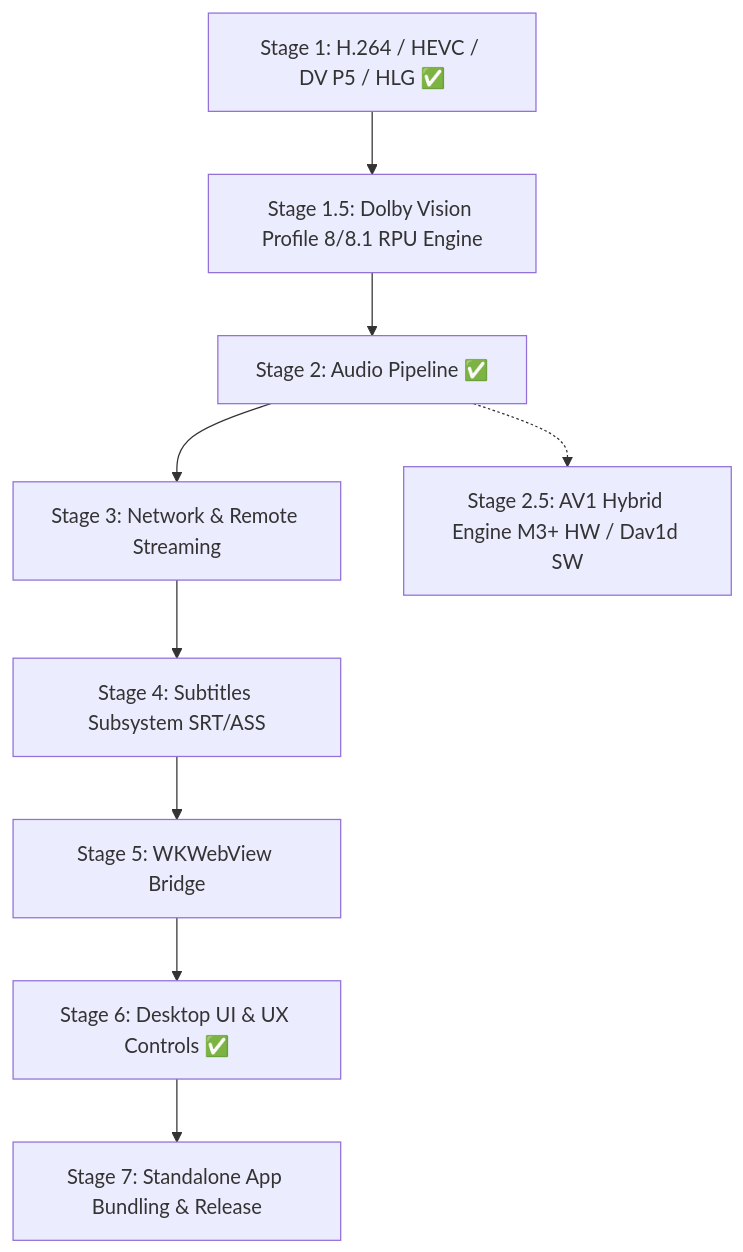
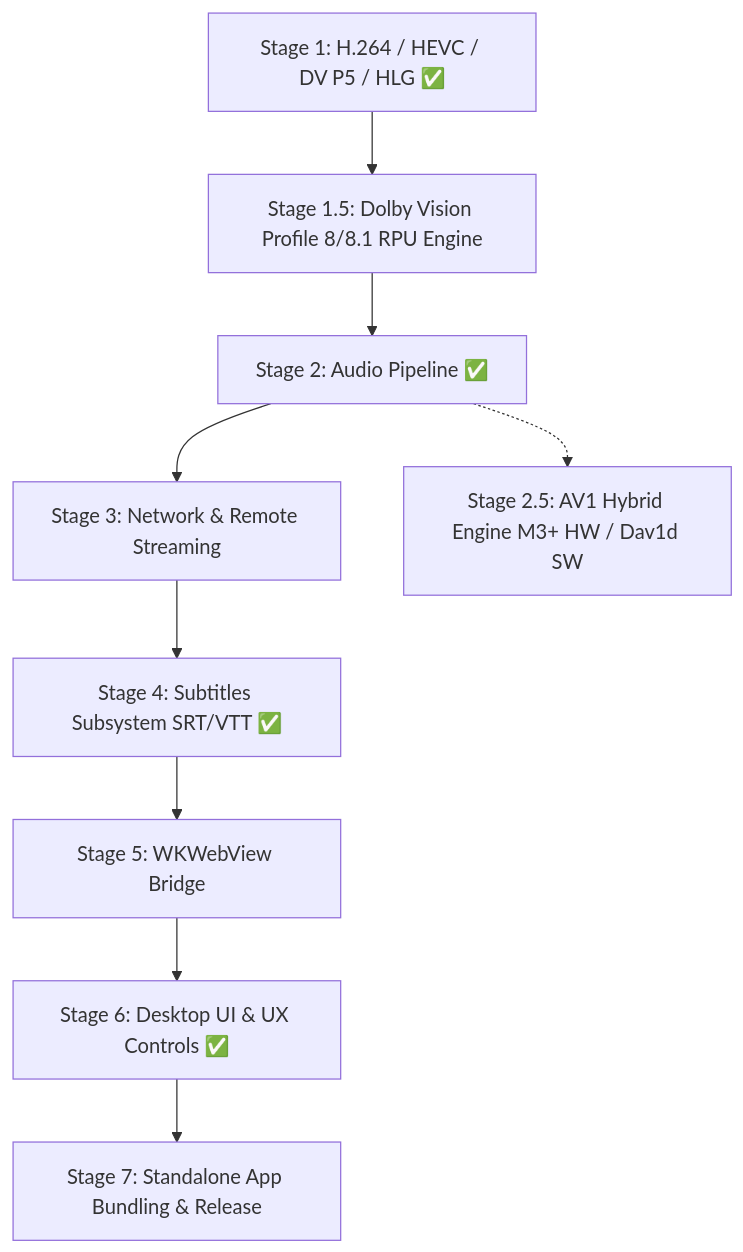
One commit to ghotriw/metal-player changed the diagram in docs/ROADMAP.md. Above: the diagram before and after it, drawn with Mermaid. The commit also changed other lines of this file and 14 other files, not shown here.

Commit message:
feat: implement text subtitles subsystem and appearance settings

````diff
--- a/docs/ROADMAP.md
+++ b/docs/ROADMAP.md
@@ -22,11 +22,11 @@
 ```mermaid
 flowchart TD
     M1["Stage 1: H.264 / HEVC / DV P5 / HLG ✅"] --> M15["Stage 1.5: Dolby Vision Profile 8/8.1 RPU Engine"]
     M15 --> M2["Stage 2: Audio Pipeline ✅"]
     M2 --> M3["Stage 3: Network & Remote Streaming"]
-    M3 --> M4["Stage 4: Subtitles Subsystem SRT/ASS"]
+    M3 --> M4["Stage 4: Subtitles Subsystem SRT/VTT ✅"]
     M4 --> M5["Stage 5: WKWebView Bridge"]
     M5 --> M6["Stage 6: Desktop UI & UX Controls ✅"]
     M6 --> M7["Stage 7: Standalone App Bundling & Release"]
     M2 -.-> M25["Stage 2.5: AV1 Hybrid Engine M3+ HW / Dav1d SW"]
 ```
````
